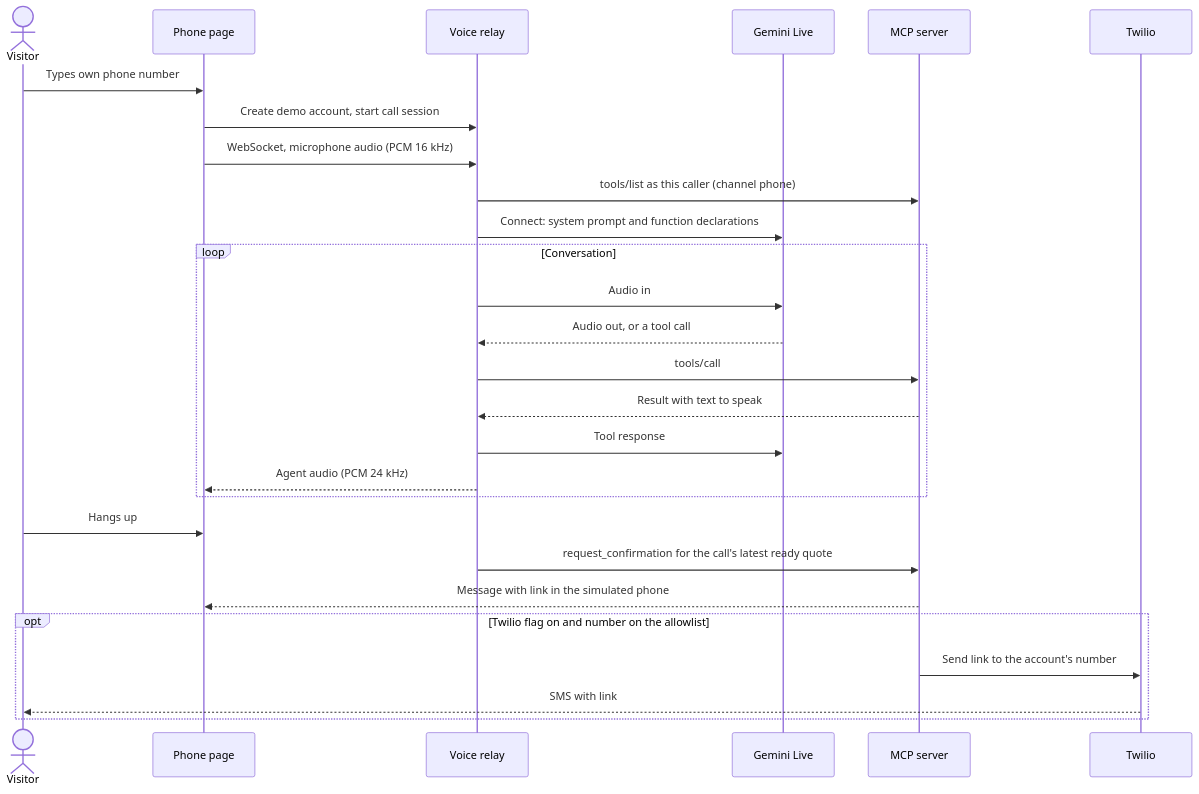
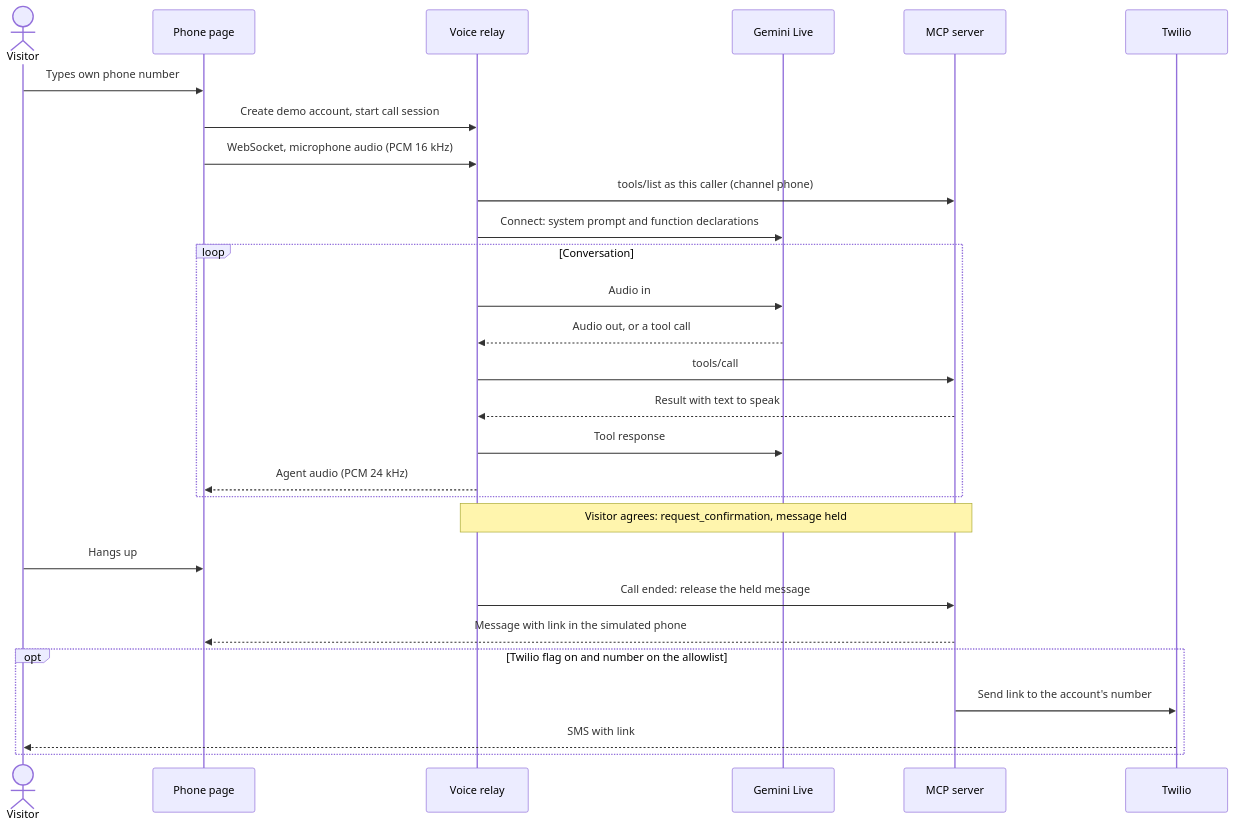
Before and after one commit to Mankeli-Software/junction-2026: the second of 2 diagrams in technical-plan.md, drawn with Mermaid. The commit also changed other lines of this file, not shown here.

First line of the commit message:
Send the confirmation only after the visitor agrees

````diff
--- a/technical-plan.md
+++ b/technical-plan.md
@@ -255,29 +255,30 @@
 ```mermaid
 sequenceDiagram
     actor V as Visitor
     participant P as Phone page
     participant R as Voice relay
     participant G as Gemini Live
     participant M as MCP server
     participant T as Twilio
     V->>P: Types own phone number
     P->>R: Create demo account, start call session
     P->>R: WebSocket, microphone audio (PCM 16 kHz)
     R->>M: tools/list as this caller (channel phone)
     R->>G: Connect: system prompt and function declarations
     loop Conversation
         R->>G: Audio in
         G-->>R: Audio out, or a tool call
         R->>M: tools/call
         M-->>R: Result with text to speak
         R->>G: Tool response
         R-->>P: Agent audio (PCM 24 kHz)
     end
+    Note over R,M: Visitor agrees: request_confirmation, message held
     V->>P: Hangs up
-    R->>M: request_confirmation for the call's latest ready quote
+    R->>M: Call ended: release the held message
     M-->>P: Message with link in the simulated phone
     opt Twilio flag on and number on the allowlist
         M->>T: Send link to the account's number
         T-->>V: SMS with link
     end
 ```
````
